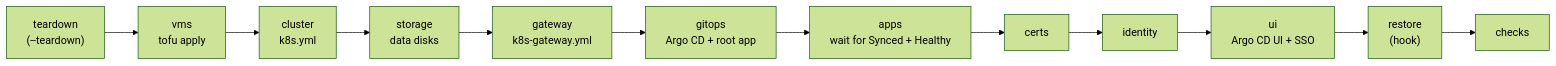
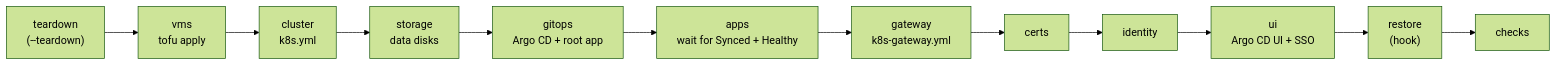
One commit to jonhill90/central-hub changed the diagram in docs/runbooks/rebuild-k8s-layer-with-one-command.md. Above: the diagram before and after it, drawn with Mermaid (forest theme). The commit also changed other lines of this file and 1 other file, not shown here.

First line of the commit message:
fix: run the gateway stage after apps; list dev inventory values

````diff
--- a/docs/runbooks/rebuild-k8s-layer-with-one-command.md
+++ b/docs/runbooks/rebuild-k8s-layer-with-one-command.md
@@ -21,6 +21,6 @@
 ```mermaid
 flowchart LR
   td["teardown<br/>(--teardown)"] --> vms["vms<br/>tofu apply"] --> cl["cluster<br/>k8s.yml"] --> st["storage<br/>data disks"]
-  st --> gw["gateway<br/>k8s-gateway.yml"] --> go["gitops<br/>Argo CD + root app"] --> ap["apps<br/>wait for Synced + Healthy"]
-  ap --> ce["certs"] --> id["identity"] --> ui["ui<br/>Argo CD UI + SSO"] --> re["restore<br/>(hook)"] --> ck["checks"]
+  st --> go["gitops<br/>Argo CD + root app"] --> ap["apps<br/>wait for Synced + Healthy"] --> gw["gateway<br/>k8s-gateway.yml"]
+  gw --> ce["certs"] --> id["identity"] --> ui["ui<br/>Argo CD UI + SSO"] --> re["restore<br/>(hook)"] --> ck["checks"]
 ```
````
